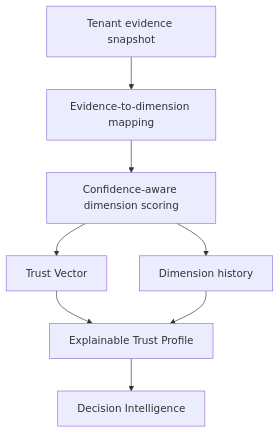
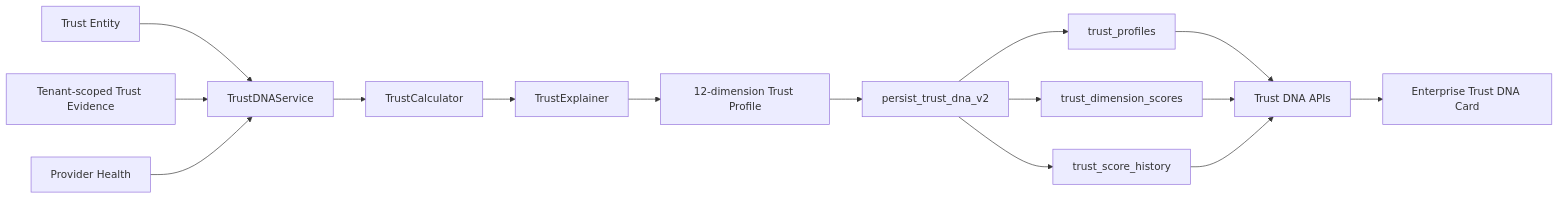
One commit to emeaexecutive/Cyber-Sentinels-V2 changed the diagram in docs/TRUST-DNA.md. Above: the diagram before and after it, drawn with Mermaid. The commit also changed other lines of this file and 25 other files, not shown here.

Commit message:
feat(epic22): implement Trust DNA engine

````diff
--- a/docs/TRUST-DNA.md
+++ b/docs/TRUST-DNA.md
@@ -20,10 +7,17 @@
 ```mermaid
-flowchart TD
-  E[Tenant evidence snapshot] --> M[Evidence-to-dimension mapping]
-  M --> S[Confidence-aware dimension scoring]
-  S --> V[Trust Vector]
-  S --> H[Dimension history]
-  V --> X[Explainable Trust Profile]
-  H --> X
-  X --> D[Decision Intelligence]
+flowchart LR
+  E[Trust Entity] --> S[TrustDNAService]
+  V[Tenant-scoped Trust Evidence] --> S
+  P[Provider Health] --> S
+  S --> C[TrustCalculator]
+  C --> X[TrustExplainer]
+  X --> D[12-dimension Trust Profile]
+  D --> R[persist_trust_dna_v2]
+  R --> TP[trust_profiles]
+  R --> DS[trust_dimension_scores]
+  R --> H[trust_score_history]
+  TP --> API[Trust DNA APIs]
+  DS --> API
+  H --> API
+  API --> UI[Enterprise Trust DNA Card]
 ```
````
